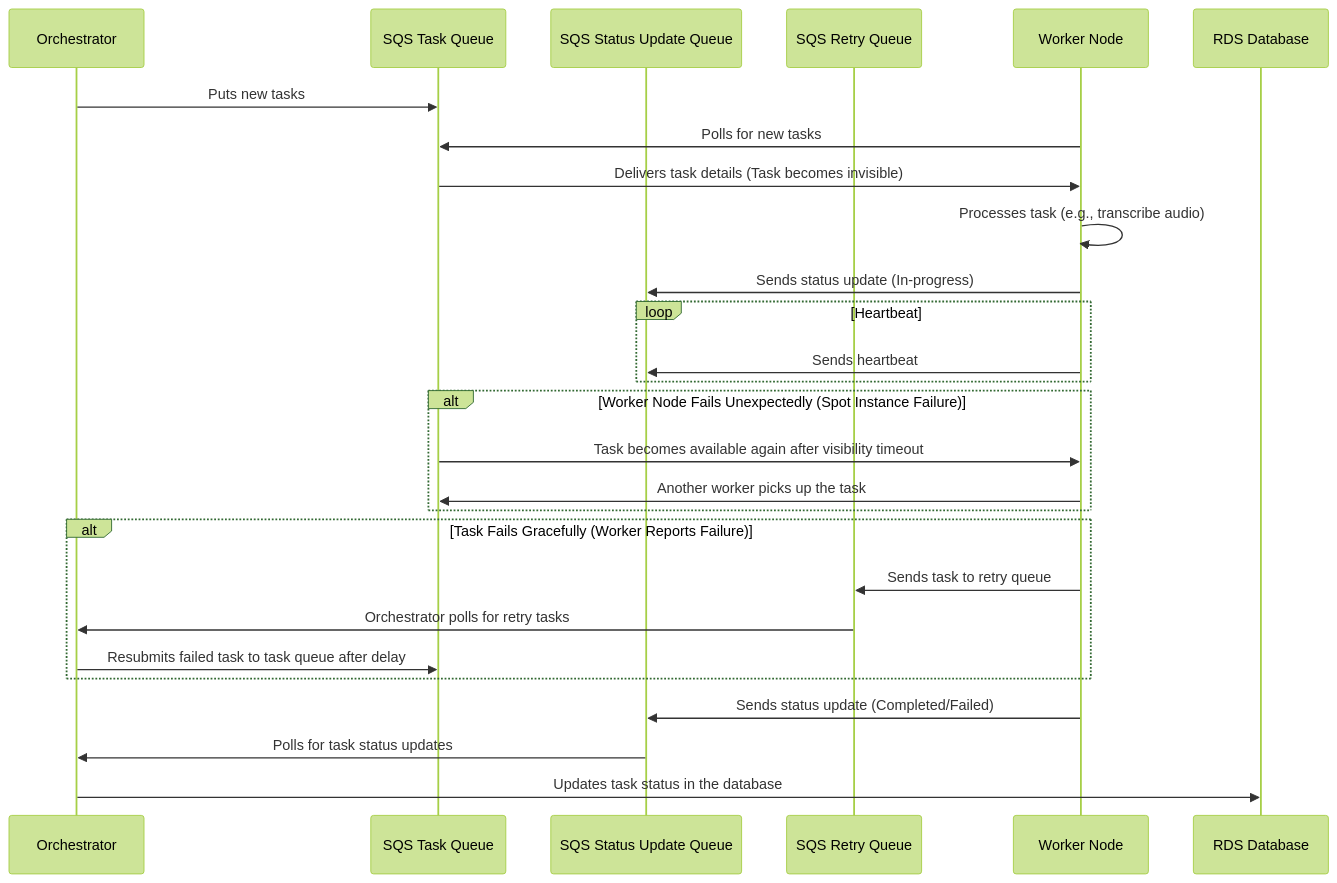
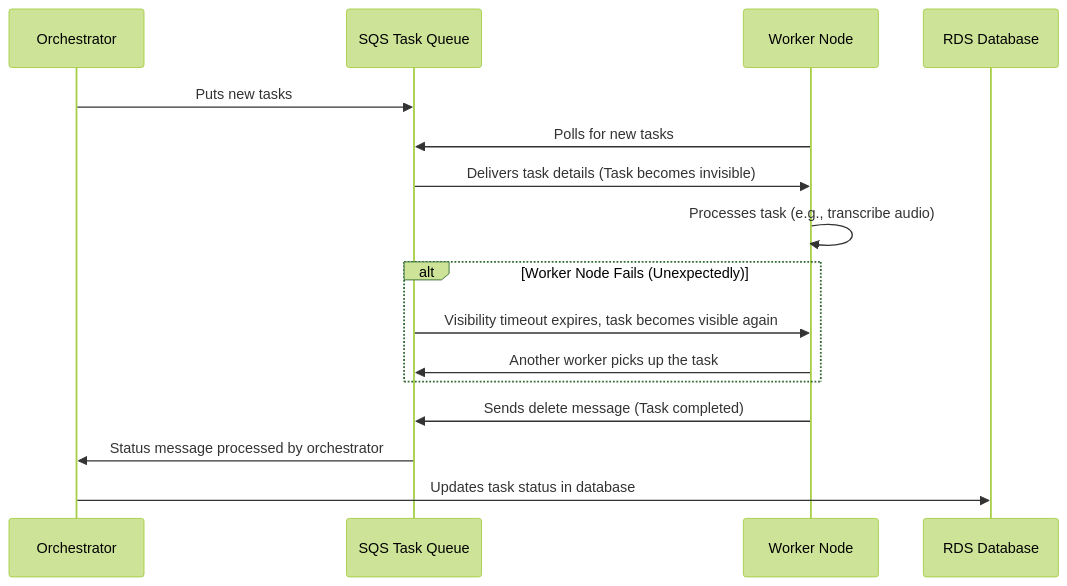
Before and after one commit to davidbmar/audio_client_server: the diagram in orchestrator/orchestrator.v2.md, drawn with Mermaid (forest theme). The commit also changed other lines of this file, not shown here.

````diff
--- a/orchestrator/orchestrator.v2.md
+++ b/orchestrator/orchestrator.v2.md
@@ -17,35 +118,22 @@
 ```mermaid
 sequenceDiagram
     participant Orchestrator
     participant TaskQueue as SQS Task Queue
-    participant StatusQueue as SQS Status Update Queue
-    participant RetryQueue as SQS Retry Queue
     participant WorkerNode as Worker Node
     participant RDS as RDS Database
 
     Orchestrator->>TaskQueue: Puts new tasks
     WorkerNode->>TaskQueue: Polls for new tasks
     TaskQueue->>WorkerNode: Delivers task details (Task becomes invisible)
+
+    WorkerNode->>WorkerNode: Processes task (e.g., transcribe audio)
     
-    WorkerNode->>WorkerNode: Processes task (e.g., transcribe audio)
-    WorkerNode->>StatusQueue: Sends status update (In-progress)
-    
-    loop Heartbeat
-        WorkerNode->>StatusQueue: Sends heartbeat
+    alt Worker Node Fails (Unexpectedly)
+        TaskQueue->>WorkerNode: Visibility timeout expires, task becomes visible again
+        WorkerNode->>TaskQueue: Another worker picks up the task
     end
     
-    alt Worker Node Fails Unexpectedly (Spot Instance Failure)
-        TaskQueue->>WorkerNode: Task becomes available again after visibility timeout
-        WorkerNode->>TaskQueue: Another worker picks up the task
-    end
-
-    alt Task Fails Gracefully (Worker Reports Failure)
-        WorkerNode->>RetryQueue: Sends task to retry queue
-        RetryQueue->>Orchestrator: Orchestrator polls for retry tasks
-        Orchestrator->>TaskQueue: Resubmits failed task to task queue after delay
-    end
-
-    WorkerNode->>StatusQueue: Sends status update (Completed/Failed)
-    StatusQueue->>Orchestrator: Polls for task status updates
-    Orchestrator->>RDS: Updates task status in the database
+    WorkerNode->>TaskQueue: Sends delete message (Task completed)
+    TaskQueue->>Orchestrator: Status message processed by orchestrator
+    Orchestrator->>RDS: Updates task status in database
 ```
````
